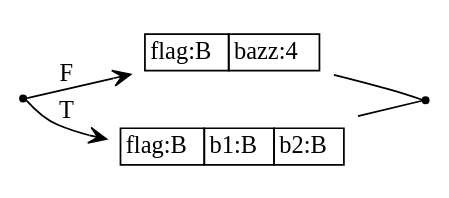
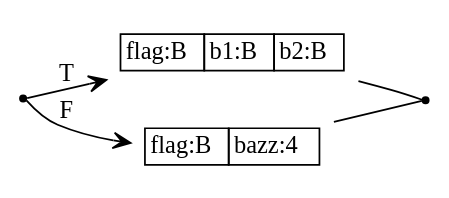
One commit to sireum/bitcodec-examples changed the diagram in src/predunion/simple/predunion-simple-spec.dot. Above: the diagram before and after it, drawn with Graphviz. The commit also changed 16 other files, not shown here.

```diff
--- a/src/predunion/simple/predunion-simple-spec.dot
+++ b/src/predunion/simple/predunion-simple-spec.dot
@@ -1,23 +1,23 @@
 digraph G {
   rankdir = LR;
   node [shape=plaintext];
   edge [arrowhead=vee];
 
   n0 [shape=point];
   n1 [label=<
-    <TABLE BORDER="0" CELLBORDER="1" CELLSPACING="0">
-      <TR><TD>flag:B</TD><TD>bazz:4</TD></TR>
+    <TABLE BORDER="0" CELLBORDER="1" CELLSPACING="0" TOOLTIP="Foo.baz.0" HREF="#">
+      <TR><TD>flag:B</TD><TD>b1:B</TD><TD>b2:B</TD></TR>
     </TABLE>
   >];
   n2 [label=<
-    <TABLE BORDER="0" CELLBORDER="1" CELLSPACING="0">
-      <TR><TD>flag:B</TD><TD>b1:B</TD><TD>b2:B</TD></TR>
+    <TABLE BORDER="0" CELLBORDER="1" CELLSPACING="0" TOOLTIP="Foo.bazz.0" HREF="#">
+      <TR><TD>flag:B</TD><TD>bazz:4</TD></TR>
     </TABLE>
   >];
   n3 [shape=point];
 
-  n0 -> n1 [label="F"];
-  n0 -> n2 [label="T"];
+  n0 -> n1 [label="T"];
+  n0 -> n2 [label="F"];
+  n1 -> n3 [arrowhead=none];
   n2 -> n3 [arrowhead=none];
-  n1 -> n3 [arrowhead=none];
 }
```
